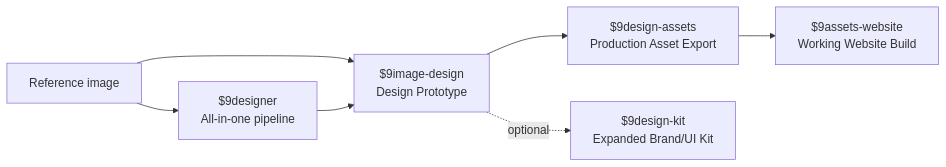
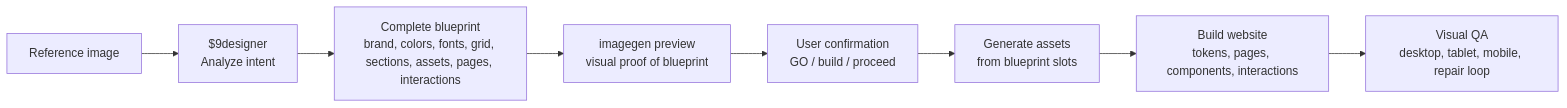
The diagram in README.md (vishnu-madhavan-git/9designer-skills), drawn with Mermaid before and after one commit. The commit also changed other lines of this file and 11 other files, not shown here.

Commit message:
Reframe docs around blueprint-first 9Designer

````diff
--- a/README.md
+++ b/README.md
@@ -37,9 +59,10 @@
 ```mermaid
 flowchart LR
-  A["Reference image"] --> B["$9image-design<br/>Design Prototype"]
-  B --> C["$9design-assets<br/>Production Asset Export"]
-  C --> D["$9assets-website<br/>Working Website Build"]
-  B -. optional .-> E["$9design-kit<br/>Expanded Brand/UI Kit"]
-  A --> F["$9designer<br/>All-in-one pipeline"]
-  F --> B
+  A["Reference image"] --> B["$9designer<br/>Analyze intent"]
+  B --> C["Complete blueprint<br/>brand, colors, fonts, grid, sections, assets, pages, interactions"]
+  C --> D["imagegen preview<br/>visual proof of blueprint"]
+  D --> E["User confirmation<br/>GO / build / proceed"]
+  E --> F["Generate assets<br/>from blueprint slots"]
+  F --> G["Build website<br/>tokens, pages, components, interactions"]
+  G --> H["Visual QA<br/>desktop, tablet, mobile, repair loop"]
 ```
````
